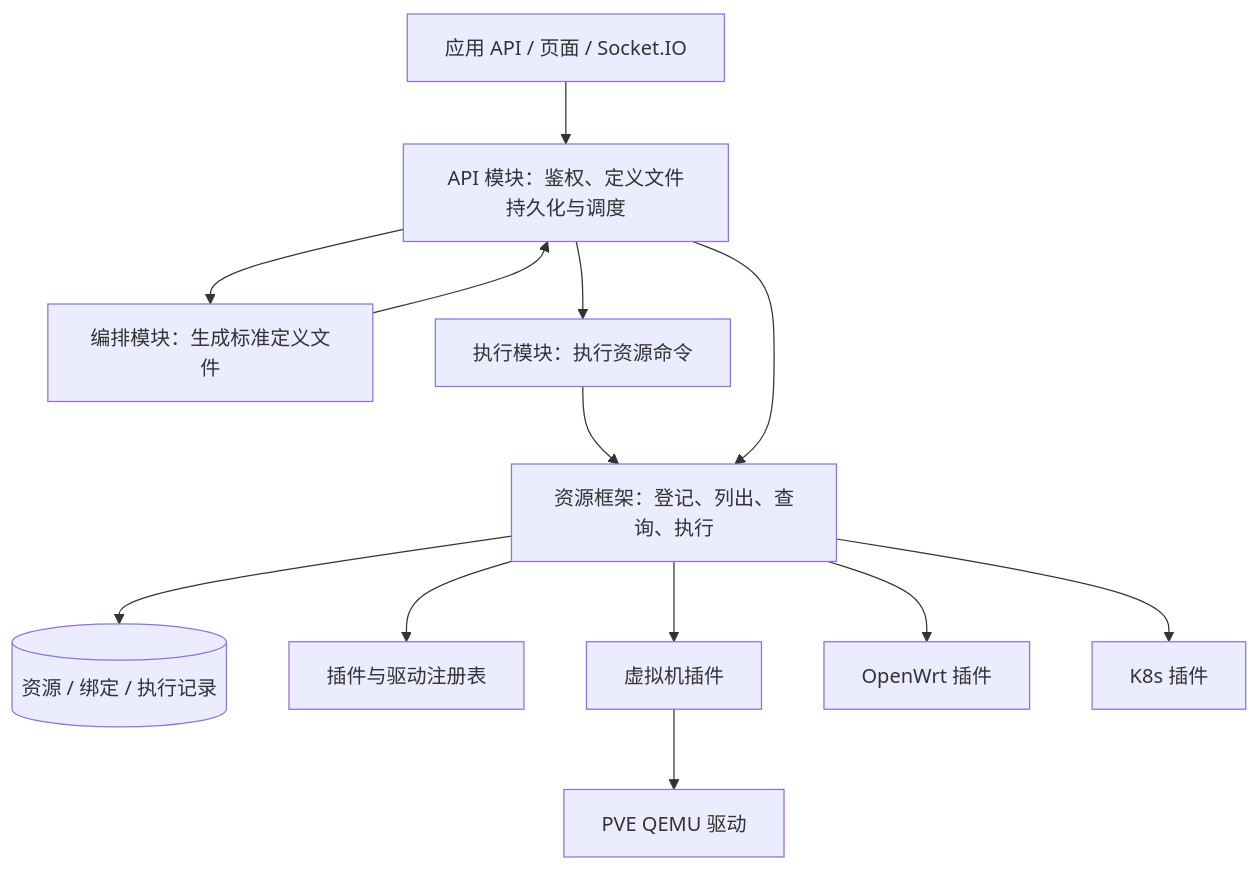
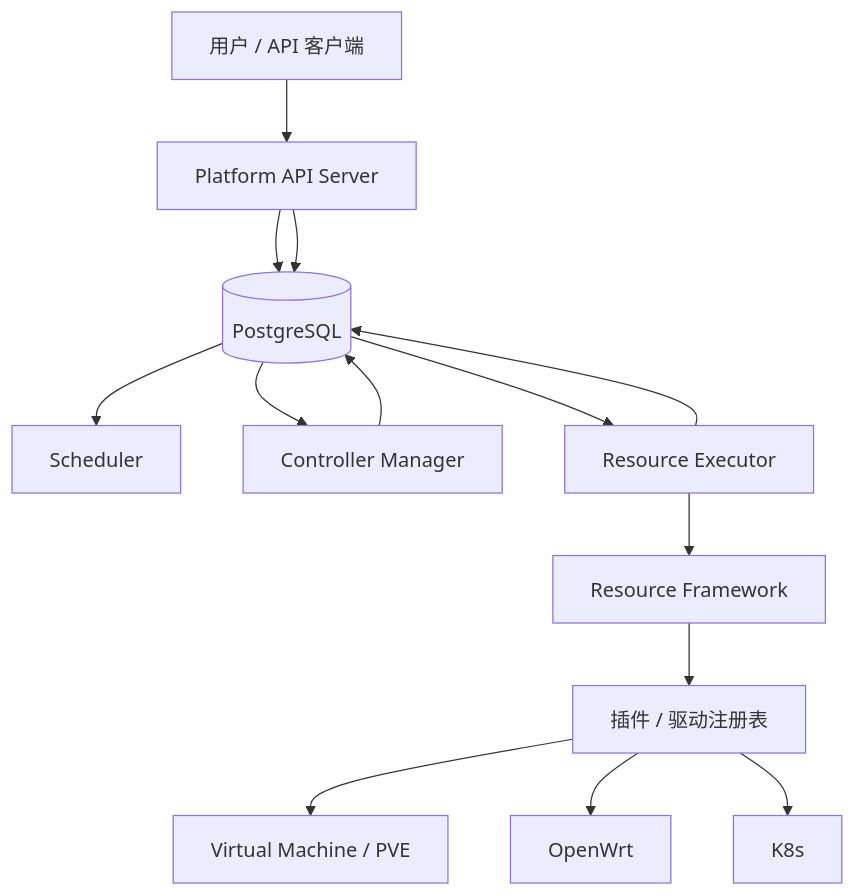
One commit to bjx8970/k8s-lab-platform changed the diagram in docs/resource-framework/README.md. Above: the diagram before and after it, drawn with Mermaid. The commit also changed other lines of this file and 18 other files, not shown here.

````diff
--- a/docs/resource-framework/README.md
+++ b/docs/resource-framework/README.md
@@ -44,15 +15,16 @@
 ```mermaid
 flowchart TD
-    App[应用 API / 页面 / Socket.IO] --> API[API 模块：鉴权、定义文件持久化与调度]
-    API --> Orch[编排模块：生成标准定义文件]
-    API --> Exec[执行模块：执行资源命令]
-    Orch --> API
-    Exec --> Service[资源框架：登记、列出、查询、执行]
-    API --> Service
-    Service --> Store[(资源 / 绑定 / 执行记录)]
-    Service --> Registry[插件与驱动注册表]
-    Service --> VM[虚拟机插件]
-    VM --> PVE[PVE QEMU 驱动]
-    Service --> OW[OpenWrt 插件]
-    Service --> K8s[K8s 插件]
+    Client[用户 / API 客户端] --> API[Platform API Server]
+    API --> DB[(PostgreSQL)]
+    DB --> Scheduler[Scheduler]
+    DB --> Controllers[Controller Manager]
+    Controllers --> DB
+    API --> DB
+    DB --> Executor[Resource Executor]
+    Executor --> Service[Resource Framework]
+    Service --> Registry[插件 / 驱动注册表]
+    Registry --> VM[Virtual Machine / PVE]
+    Registry --> OW[OpenWrt]
+    Registry --> K8s[K8s]
+    Executor --> DB
 ```
````
